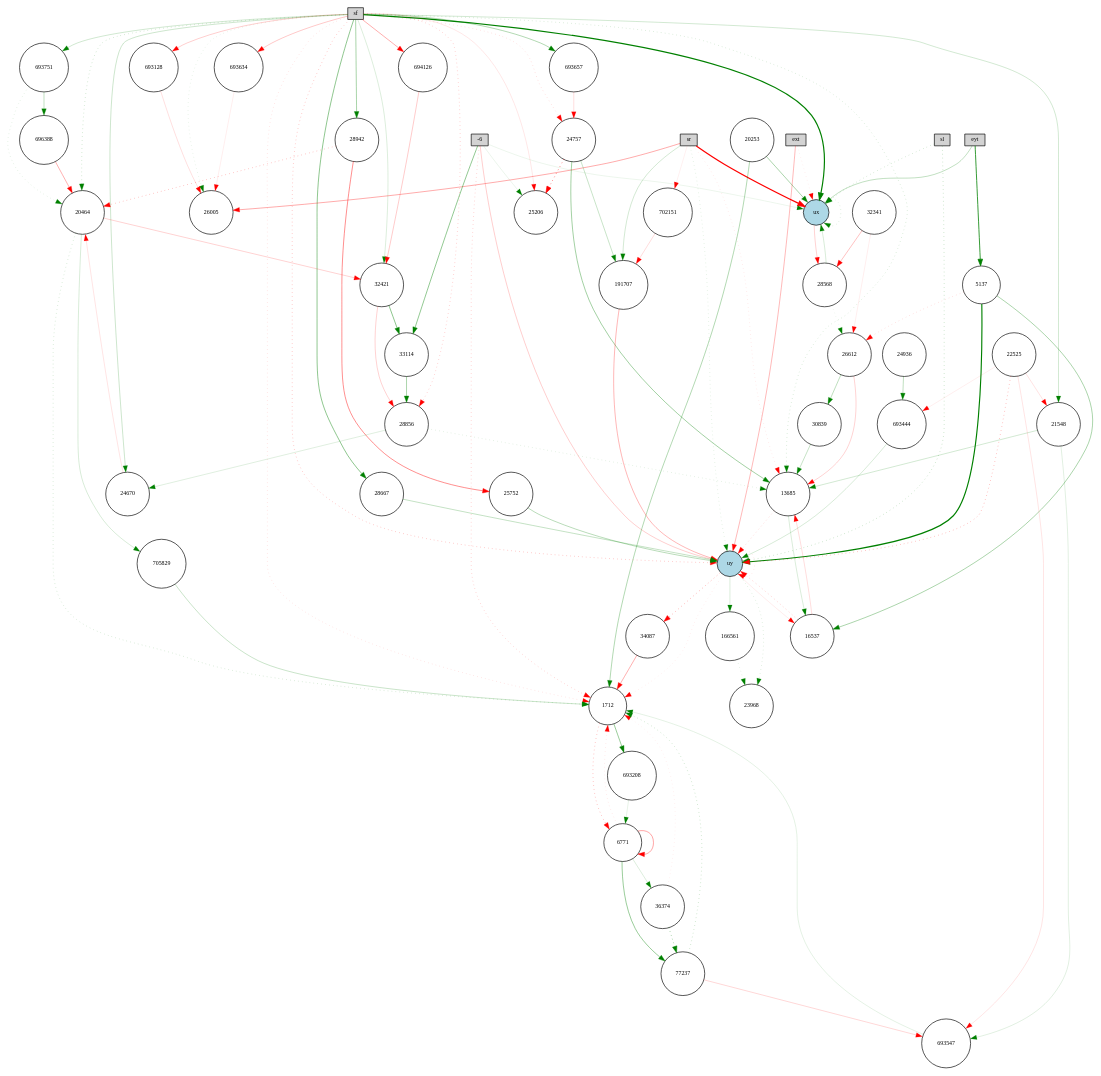
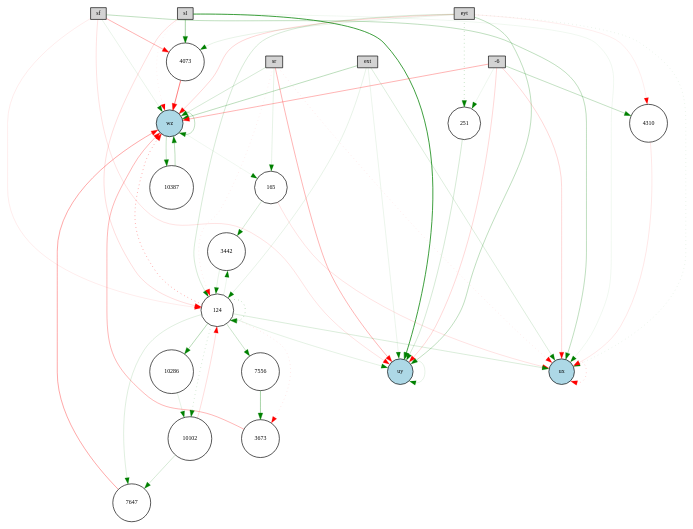
One commit to KaiL4eK/autopilot_simulator changed the diagram in pictures_ctrnn/winner-feedforward.gv. Above: the diagram before and after it, drawn with Graphviz. The commit also changed 7 other files, not shown here.

```diff
--- a/pictures_ctrnn/winner-feedforward.gv
+++ b/pictures_ctrnn/winner-feedforward.gv
@@ -8,153 +8,76 @@
 	-6 [fillcolor=lightgray shape=box style=filled]
 	ux [fillcolor=lightblue style=filled]
 	uy [fillcolor=lightblue style=filled]
-	693634 [fillcolor=white style=filled]
-	693751 [fillcolor=white style=filled]
-	693128 [fillcolor=white style=filled]
-	28942 [fillcolor=white style=filled]
-	5137 [fillcolor=white style=filled]
-	26005 [fillcolor=white style=filled]
-	36374 [fillcolor=white style=filled]
-	28568 [fillcolor=white style=filled]
-	16537 [fillcolor=white style=filled]
-	693657 [fillcolor=white style=filled]
-	25752 [fillcolor=white style=filled]
-	20253 [fillcolor=white style=filled]
-	23968 [fillcolor=white style=filled]
-	166561 [fillcolor=white style=filled]
-	32421 [fillcolor=white style=filled]
-	705829 [fillcolor=white style=filled]
-	34087 [fillcolor=white style=filled]
-	693547 [fillcolor=white style=filled]
-	21548 [fillcolor=white style=filled]
-	1712 [fillcolor=white style=filled]
-	77237 [fillcolor=white style=filled]
-	24757 [fillcolor=white style=filled]
-	28856 [fillcolor=white style=filled]
-	693444 [fillcolor=white style=filled]
-	696388 [fillcolor=white style=filled]
-	702151 [fillcolor=white style=filled]
-	32341 [fillcolor=white style=filled]
-	693208 [fillcolor=white style=filled]
-	33114 [fillcolor=white style=filled]
-	191707 [fillcolor=white style=filled]
-	24670 [fillcolor=white style=filled]
-	24936 [fillcolor=white style=filled]
-	694126 [fillcolor=white style=filled]
-	20464 [fillcolor=white style=filled]
-	6771 [fillcolor=white style=filled]
-	26612 [fillcolor=white style=filled]
-	13685 [fillcolor=white style=filled]
-	25206 [fillcolor=white style=filled]
-	30839 [fillcolor=white style=filled]
-	28667 [fillcolor=white style=filled]
-	22525 [fillcolor=white style=filled]
-	21548 -> 13685 [color=green penwidth=0.28194837104882 style=solid]
-	191707 -> uy [color=red penwidth=0.4447049996546627 style=solid]
-	eyt -> ux [color=green penwidth=0.3784983251714519 style=solid]
-	24757 -> 191707 [color=green penwidth=0.33750773655502553 style=solid]
-	uy -> 34087 [color=red penwidth=0.6380564129791887 style=dotted]
-	sf -> 13685 [color=green penwidth=0.3202081554900993 style=dotted]
-	32421 -> 28856 [color=red penwidth=0.2834022815479361 style=solid]
-	sr -> 702151 [color=red penwidth=0.10376612495198119 style=solid]
-	77237 -> 1712 [color=green penwidth=0.409362112613603 style=dotted]
-	28568 -> ux [color=green penwidth=0.2387734502375045 style=solid]
-	uy -> 166561 [color=green penwidth=0.22975386555054889 style=solid]
-	28942 -> 20464 [color=red penwidth=0.4983718915036648 style=dotted]
-	693751 -> 696388 [color=green penwidth=0.38197245854079664 style=solid]
-	693208 -> 6771 [color=green penwidth=0.1498302548196702 style=solid]
-	sr -> uy [color=green penwidth=0.23291976633089248 style=dotted]
-	694126 -> 32421 [color=red penwidth=0.3175292481757346 style=solid]
-	26612 -> 13685 [color=red penwidth=0.2743032288385471 style=solid]
-	ux -> 28568 [color=red penwidth=0.27756943563168135 style=solid]
-	ext -> ux [color=red penwidth=0.1500793739514476 style=dotted]
-	sf -> 26005 [color=green penwidth=0.20352887831457084 style=dotted]
-	sf -> 21548 [color=green penwidth=0.27542367669676415 style=solid]
-	30839 -> 13685 [color=green penwidth=0.35386106715061805 style=solid]
-	sf -> 693634 [color=red penwidth=0.3367696183783069 style=solid]
-	24670 -> 20464 [color=red penwidth=0.16678155279477386 style=solid]
-	uy -> uy [color=red penwidth=0.22318827453439377 style=dotted]
-	32341 -> 28568 [color=red penwidth=0.38183151366758905 style=solid]
-	32341 -> 26612 [color=red penwidth=0.11360983465788879 style=solid]
-	693751 -> 20464 [color=green penwidth=0.2364544638284258 style=dotted]
-	-6 -> uy [color=red penwidth=0.2961246021598851 style=solid]
-	702151 -> 191707 [color=red penwidth=0.2178345949243985 style=solid]
-	693128 -> 26005 [color=red penwidth=0.20199061182154698 style=solid]
-	25752 -> uy [color=green penwidth=0.42931668017675617 style=solid]
-	sf -> 693751 [color=green penwidth=0.29401231008477013 style=solid]
-	20253 -> ux [color=green penwidth=0.5085952398376411 style=solid]
-	77237 -> 693547 [color=red penwidth=0.25094022625036727 style=solid]
-	693657 -> 24757 [color=red penwidth=0.21305176952187527 style=solid]
-	sf -> 28942 [color=green penwidth=0.5335552275390121 style=solid]
-	1712 -> 6771 [color=red penwidth=0.5146768344048074 style=dotted]
-	22525 -> 693444 [color=red penwidth=0.11408299089543678 style=solid]
-	28856 -> 24670 [color=green penwidth=0.19724513931706883 style=solid]
-	26612 -> 30839 [color=green penwidth=0.4002038860915822 style=solid]
-	20464 -> 32421 [color=red penwidth=0.2763900145326906 style=solid]
-	-6 -> 33114 [color=green penwidth=0.6570323930379508 style=solid]
-	6771 -> 6771 [color=red penwidth=0.5446911459797643 style=solid]
-	sr -> 26005 [color=red penwidth=0.5073437000528107 style=solid]
-	sf -> 25206 [color=red penwidth=0.1495153223550909 style=solid]
-	32421 -> 33114 [color=green penwidth=0.6930341859114788 style=solid]
-	6771 -> 36374 [color=green penwidth=0.21782707109453597 style=solid]
-	1712 -> 693208 [color=green penwidth=0.6132586497837321 style=solid]
-	693444 -> uy [color=green penwidth=0.2487917039479975 style=solid]
-	6771 -> 77237 [color=green penwidth=0.6134854114438518 style=solid]
-	693547 -> 1712 [color=green penwidth=0.17221476332825592 style=solid]
-	16537 -> uy [color=red penwidth=0.4479026585857412 style=dotted]
-	20464 -> 1712 [color=green penwidth=0.333430870472929 style=dotted]
-	sr -> 191707 [color=green penwidth=0.26750121441930025 style=solid]
-	sf -> 693128 [color=red penwidth=0.29875054383074573 style=solid]
-	13685 -> uy [color=red penwidth=0.3521801509109008 style=dotted]
-	uy -> 1712 [color=red penwidth=0.15785342934291494 style=dotted]
-	5137 -> 16537 [color=green penwidth=0.5054414563078713 style=solid]
-	-6 -> 1712 [color=red penwidth=0.3658378245380407 style=dotted]
-	166561 -> 23968 [color=green penwidth=0.22594143516453866 style=dotted]
-	sf -> 20464 [color=green penwidth=0.3764592380173901 style=dotted]
-	24936 -> 693444 [color=green penwidth=0.3946091704546203 style=solid]
-	33114 -> 28856 [color=green penwidth=0.5073576495962802 style=solid]
-	ext -> uy [color=red penwidth=0.42761711208398634 style=solid]
-	uy -> 16537 [color=red penwidth=0.11735645006521328 style=solid]
-	705829 -> 1712 [color=green penwidth=0.333430870472929 style=solid]
-	6771 -> 1712 [color=red penwidth=0.1863984723559467 style=dotted]
-	-6 -> ux [color=green penwidth=0.11860221673140871 style=solid]
-	-6 -> 25206 [color=green penwidth=0.13211126623276848 style=solid]
-	5137 -> 26612 [color=red penwidth=0.28160721530436394 style=dotted]
-	696388 -> 20464 [color=red penwidth=0.48447955276949817 style=solid]
-	sf -> 694126 [color=red penwidth=0.5014947057985525 style=solid]
-	sf -> 693657 [color=green penwidth=0.47376197802753905 style=solid]
-	uy -> 23968 [color=green penwidth=0.2726665390518105 style=dotted]
-	20253 -> 1712 [color=green penwidth=0.473523593099869 style=solid]
-	sr -> ux [color=red penwidth=1.8798568284701593 style=solid]
-	13685 -> 16537 [color=green penwidth=0.2346003904275582 style=solid]
-	ux -> ux [color=green penwidth=0.2764147381854276 style=dotted]
-	24757 -> 13685 [color=green penwidth=0.5598432259668193 style=solid]
-	sr -> 13685 [color=red penwidth=0.18075099282201396 style=dotted]
-	28942 -> 25752 [color=red penwidth=0.6824913712669342 style=solid]
-	5137 -> uy [color=green penwidth=1.7442347601126293 style=solid]
-	eyt -> 5137 [color=green penwidth=1.2000876774620028 style=solid]
-	28667 -> uy [color=green penwidth=0.3569164399217627 style=solid]
-	34087 -> 1712 [color=red penwidth=0.4802753944675453 style=solid]
-	21548 -> 693547 [color=green penwidth=0.1861347524870268 style=solid]
-	sl -> ux [color=green penwidth=0.37003824128162455 style=dotted]
-	sf -> 1712 [color=red penwidth=0.22534214006998074 style=dotted]
-	22525 -> 693547 [color=red penwidth=0.17160001542497902 style=solid]
-	36374 -> 77237 [color=green penwidth=0.7346509087416156 style=dotted]
-	sf -> 28667 [color=green penwidth=0.6756893272853312 style=solid]
-	22525 -> 21548 [color=red penwidth=0.1779849199175086 style=solid]
-	sf -> 24757 [color=red penwidth=0.27206154675405114 style=dotted]
-	20464 -> 705829 [color=green penwidth=0.2431660102338182 style=solid]
-	22525 -> uy [color=red penwidth=0.5316227803275478 style=dotted]
-	sf -> 24670 [color=green penwidth=0.3059699448587081 style=solid]
-	28856 -> 13685 [color=green penwidth=0.2517651048814319 style=dotted]
-	693634 -> 26005 [color=red penwidth=0.11434100721874445 style=solid]
-	sf -> ux [color=green penwidth=1.797634980336036 style=solid]
-	sf -> 28856 [color=red penwidth=0.401679402529467 style=dotted]
-	24757 -> 25206 [color=red penwidth=0.9930646378306214 style=dotted]
-	sf -> uy [color=red penwidth=0.4610683486399165 style=dotted]
-	16537 -> 13685 [color=red penwidth=0.20552023736379937 style=solid]
-	36374 -> 1712 [color=red penwidth=0.1370443751326169 style=dotted]
-	28568 -> 26612 [color=green penwidth=0.17494119517858453 style=dotted]
-	sf -> 32421 [color=green penwidth=0.22444517820868504 style=solid]
-	sl -> uy [color=green penwidth=0.4321908670852994 style=dotted]
+	wz [fillcolor=lightblue style=filled]
+	7556 [fillcolor=white style=filled]
+	165 [fillcolor=white style=filled]
+	4073 [fillcolor=white style=filled]
+	10286 [fillcolor=white style=filled]
+	3442 [fillcolor=white style=filled]
+	10387 [fillcolor=white style=filled]
+	10102 [fillcolor=white style=filled]
+	4310 [fillcolor=white style=filled]
+	3673 [fillcolor=white style=filled]
+	251 [fillcolor=white style=filled]
+	124 [fillcolor=white style=filled]
+	7647 [fillcolor=white style=filled]
+	sl -> 124 [color=red penwidth=0.20997772084048266 style=solid]
+	eyt -> ux [color=green penwidth=0.18599977009902874 style=dotted]
+	-6 -> 4310 [color=green penwidth=0.36528828261009694 style=solid]
+	sl -> wz [color=red penwidth=0.12380281027143679 style=dotted]
+	7556 -> 3673 [color=green penwidth=0.5416207111874182 style=solid]
+	3442 -> 124 [color=green penwidth=0.16011210006896265 style=solid]
+	eyt -> wz [color=red penwidth=0.2647330525764645 style=solid]
+	124 -> ux [color=green penwidth=0.23031736511795572 style=solid]
+	124 -> 3673 [color=red penwidth=0.19629929482749608 style=dotted]
+	4310 -> ux [color=red penwidth=0.1502130890819292 style=solid]
+	ext -> ux [color=green penwidth=0.21273746242637814 style=solid]
+	ext -> uy [color=green penwidth=0.12720269538205736 style=solid]
+	sr -> uy [color=red penwidth=0.45134154318622555 style=solid]
+	-6 -> 251 [color=green penwidth=0.1082627426678353 style=solid]
+	ext -> 124 [color=green penwidth=0.15166148011047537 style=solid]
+	-6 -> ux [color=red penwidth=0.2411137919303114 style=solid]
+	124 -> 124 [color=green penwidth=0.5466470215923158 style=dotted]
+	165 -> 3442 [color=green penwidth=0.2493069430911863 style=solid]
+	eyt -> 4310 [color=red penwidth=0.10764073798475564 style=solid]
+	sf -> wz [color=green penwidth=0.1370533544326312 style=solid]
+	7647 -> wz [color=red penwidth=0.5286415449889652 style=solid]
+	eyt -> uy [color=green penwidth=0.39258594847344896 style=solid]
+	3673 -> wz [color=red penwidth=0.44369623556826776 style=solid]
+	10102 -> 124 [color=red penwidth=0.20680002377348253 style=solid]
+	10286 -> 10102 [color=green penwidth=0.15983445544763444 style=solid]
+	10102 -> 7647 [color=green penwidth=0.2630430156832237 style=solid]
+	uy -> uy [color=green penwidth=0.16362729976548568 style=solid]
+	sr -> ux [color=red penwidth=0.19056356437733224 style=dotted]
+	124 -> 3442 [color=green penwidth=0.11583734475503563 style=solid]
+	sf -> 124 [color=red penwidth=0.1163712975590653 style=solid]
+	ux -> ux [color=red penwidth=0.36572353547547265 style=dotted]
+	-6 -> uy [color=red penwidth=0.23533419106277229 style=solid]
+	4073 -> wz [color=red penwidth=0.7847033419868286 style=solid]
+	sf -> 4073 [color=red penwidth=0.4653985418821186 style=solid]
+	ext -> wz [color=green penwidth=0.40939926231824963 style=solid]
+	124 -> 10102 [color=green penwidth=0.3617289565651933 style=dotted]
+	sf -> uy [color=red penwidth=0.1837819354367029 style=solid]
+	10387 -> wz [color=green penwidth=0.3909373541380913 style=solid]
+	251 -> uy [color=green penwidth=0.26139973631588465 style=solid]
+	124 -> 10286 [color=green penwidth=0.4370962872446509 style=solid]
+	165 -> ux [color=red penwidth=0.1774137453787577 style=solid]
+	sl -> ux [color=green penwidth=0.1001261571642583 style=solid]
+	wz -> 10387 [color=green penwidth=0.34072994480209007 style=solid]
+	sr -> wz [color=green penwidth=0.26074044250654826 style=solid]
+	sr -> 165 [color=green penwidth=0.15881124402504182 style=solid]
+	eyt -> 251 [color=green penwidth=0.47577057952097956 style=dotted]
+	sl -> uy [color=green penwidth=1.1476422987894281 style=solid]
+	124 -> 7647 [color=green penwidth=0.2036627949941402 style=solid]
+	124 -> 7556 [color=green penwidth=0.31686779132971576 style=solid]
+	124 -> wz [color=red penwidth=0.6994664070394313 style=dotted]
+	eyt -> 4073 [color=green penwidth=0.15153097491660017 style=solid]
+	sl -> 4073 [color=green penwidth=0.564244953475575 style=solid]
+	wz -> wz [color=green penwidth=0.37438572371380097 style=solid]
+	sf -> ux [color=green penwidth=0.38887665637415414 style=solid]
+	-6 -> wz [color=red penwidth=0.4597679803817717 style=solid]
+	eyt -> 124 [color=green penwidth=0.24575941427590606 style=solid]
+	124 -> uy [color=green penwidth=0.16580057599977482 style=solid]
+	wz -> 165 [color=green penwidth=0.10272608780496312 style=solid]
+	sr -> 124 [color=red penwidth=0.16008094252841082 style=dotted]
 }
```
